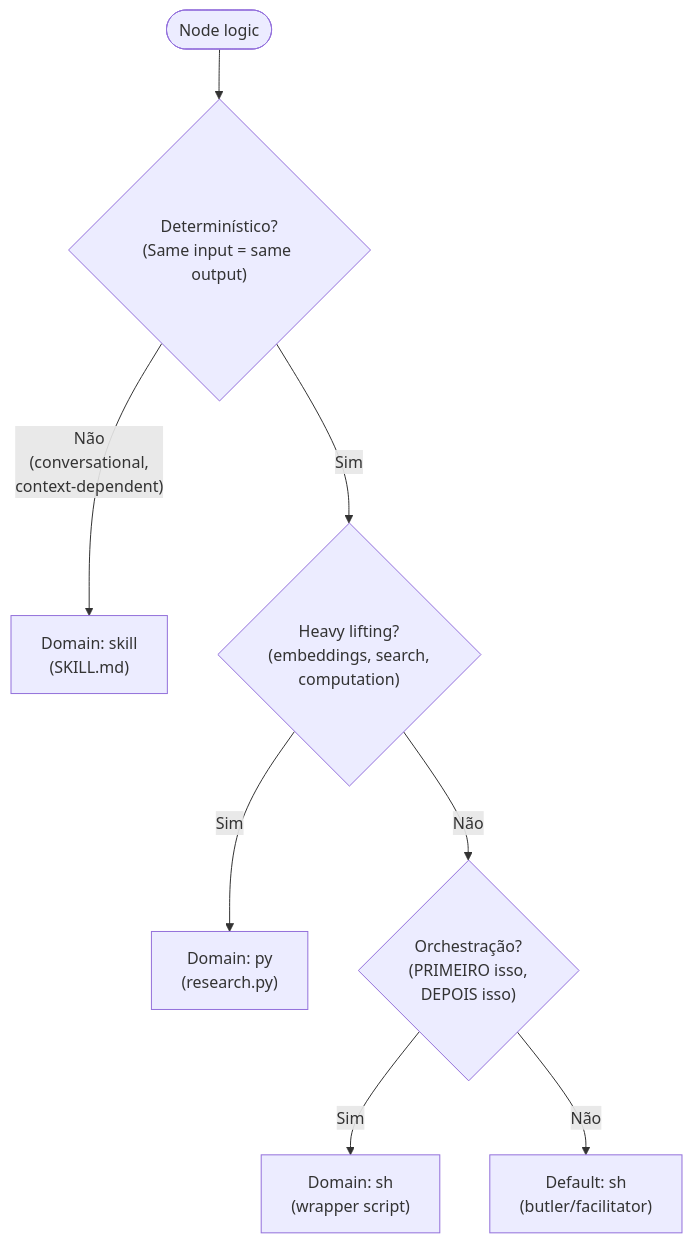
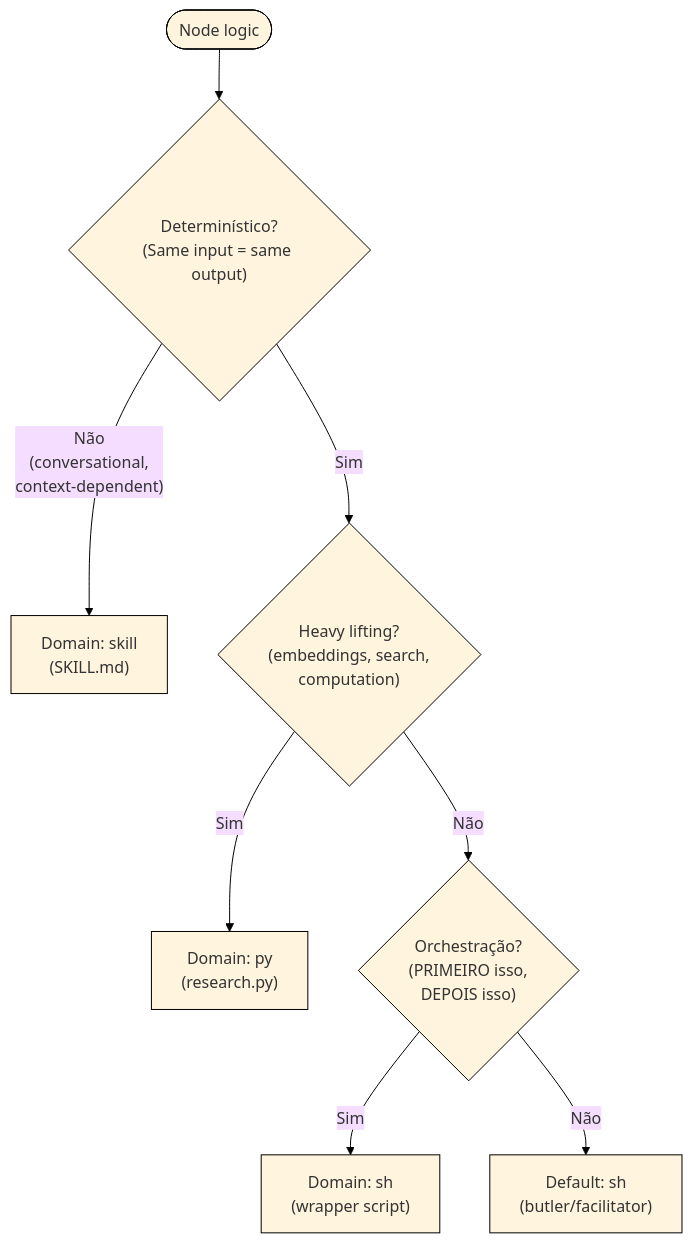
Before and after one commit to nonlinear/librarian: the second of 2 diagrams in backstage/epic-notes/v0.15.0-skill-protocol.md, drawn with Mermaid. The commit also changed other lines of this file, not shown here.

Commit message:
contract: Add Mermaid base theme (minimal config for clean render)

````diff
--- a/backstage/epic-notes/v0.15.0-skill-protocol.md
+++ b/backstage/epic-notes/v0.15.0-skill-protocol.md
@@ -188,14 +189,15 @@
 ```mermaid
+%%{init: {'theme':'base', 'themeVariables': {'primaryBorderColor':'#000', 'lineColor':'#000'}}}%%
 flowchart TB
     START(["Node logic"])
     START --> Q1{"Determinístico?<br>(Same input = same output)"}
     
     Q1 -->|"Não<br>(conversational,<br>context-dependent)"| SKILL["Domain: skill<br>(SKILL.md)"]
     Q1 -->|"Sim"| Q2{"Heavy lifting?<br>(embeddings, search,<br>computation)"}
     
     Q2 -->|"Sim"| PY["Domain: py<br>(research.py)"]
     Q2 -->|"Não"| Q3{"Orchestração?<br>(PRIMEIRO isso,<br>DEPOIS isso)"}
     
     Q3 -->|"Sim"| SH["Domain: sh<br>(wrapper script)"]
     Q3 -->|"Não"| UNCLEAR["Default: sh<br>(butler/facilitator)"]
 ```
````
